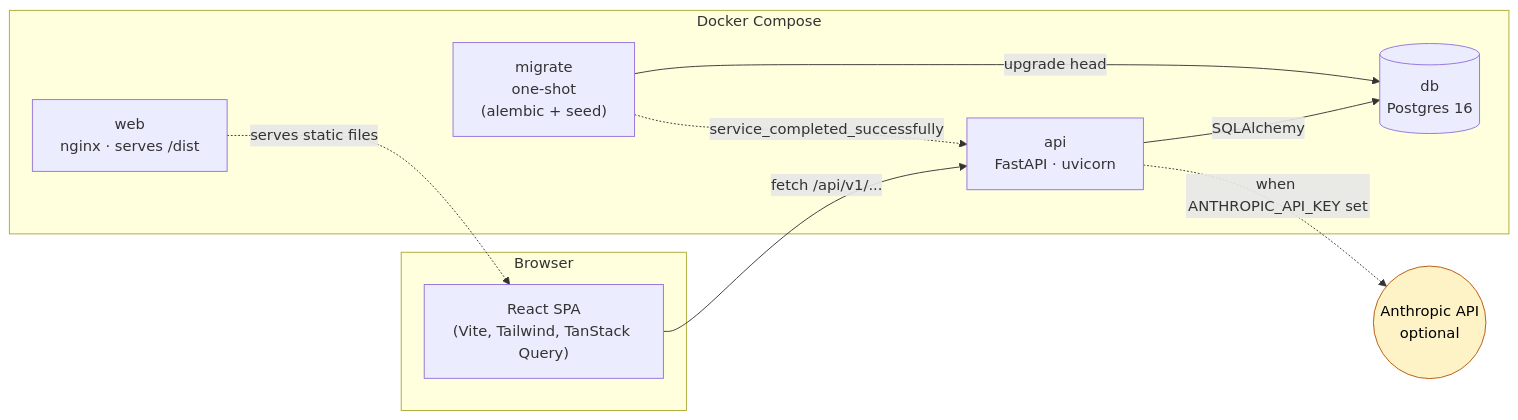
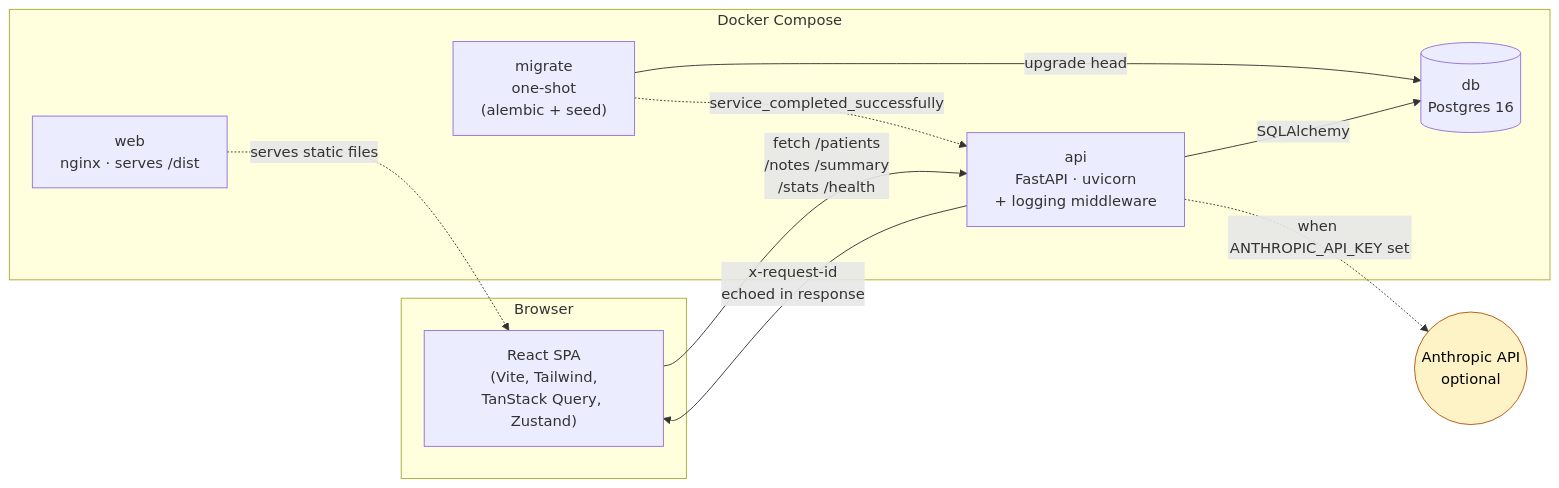
One commit to Krayher/ascertain-healthcare-dashboard changed the first of 2 diagrams in docs/diagrams/architecture.md. Above: the diagram before and after it, drawn with Mermaid. The commit also changed other lines of this file and 6 other files, not shown here.

````diff
--- a/docs/diagrams/architecture.md
+++ b/docs/diagrams/architecture.md
@@ -11,25 +11,26 @@
 ```mermaid
 flowchart LR
   subgraph Browser
-    UI["React SPA<br/>(Vite, Tailwind, TanStack Query)"]
+    UI["React SPA<br/>(Vite, Tailwind,<br/>TanStack Query, Zustand)"]
   end
 
   subgraph Compose["Docker Compose"]
     WEB["web<br/>nginx · serves /dist"]
-    API["api<br/>FastAPI · uvicorn"]
+    API["api<br/>FastAPI · uvicorn<br/>+ logging middleware"]
     MIG["migrate<br/>one-shot<br/>(alembic + seed)"]
     DB[("db<br/>Postgres 16")]
   end
 
   Claude(("Anthropic API<br/>optional"))
 
-  UI -->|fetch /api/v1/...| API
+  UI -->|fetch /patients<br/>/notes /summary<br/>/stats /health| API
   WEB -.->|serves static files| UI
+  API -->|x-request-id<br/>echoed in response| UI
   API -->|SQLAlchemy| DB
   MIG -->|upgrade head| DB
   MIG -.->|service_completed_successfully| API
   API -.->|when ANTHROPIC_API_KEY set| Claude
 
   classDef ext fill:#fef3c7,stroke:#b45309,color:#000;
   class Claude ext
 ```
````
